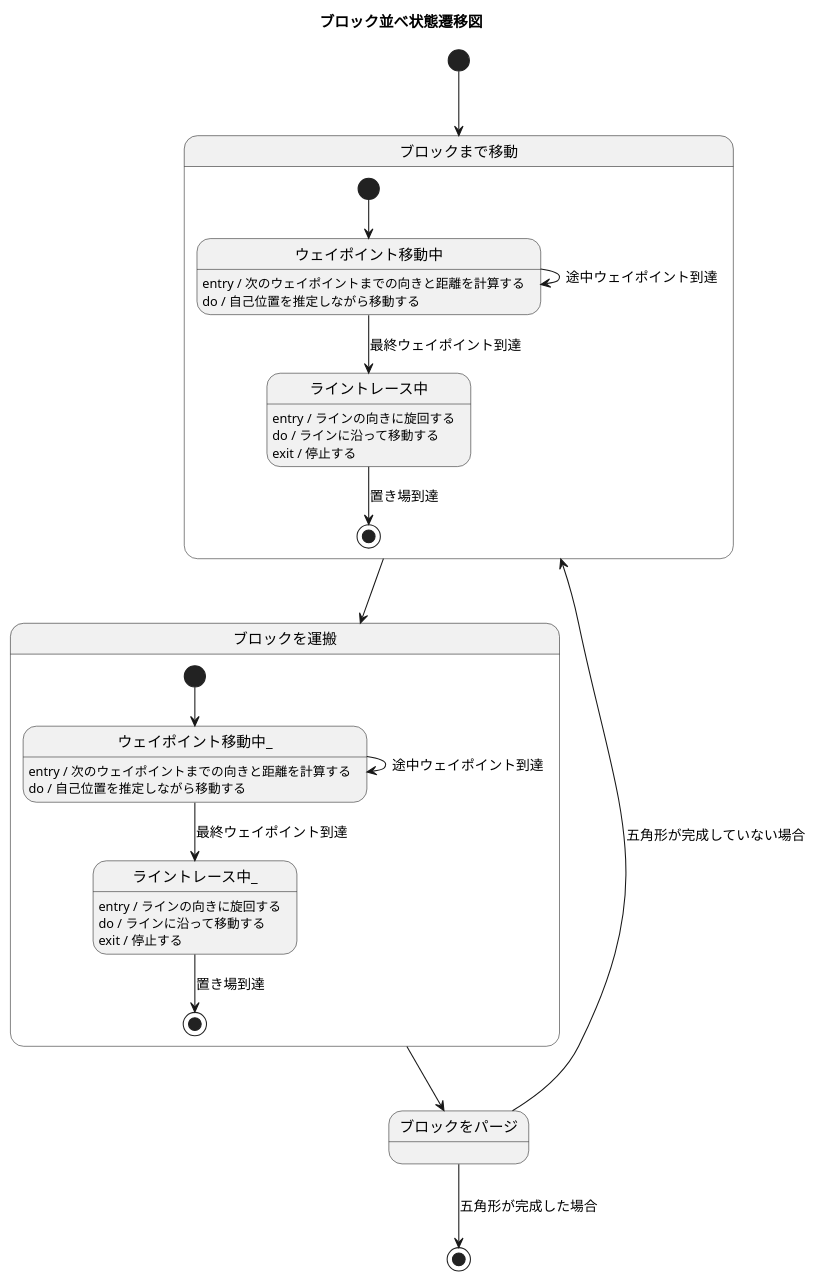
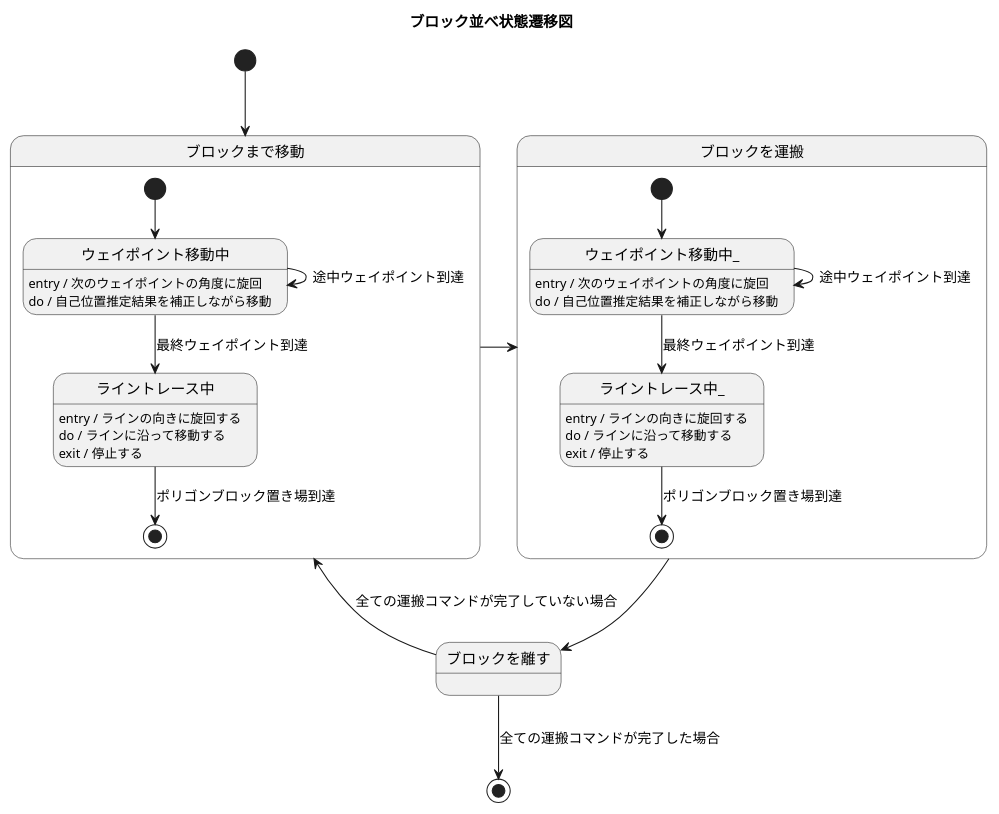
One commit to TK-R/ET2017-UML changed the diagram in 分析モデル/ブロック並べ状態遷移図.puml. Above: the diagram before and after it, drawn with PlantUML. The commit also changed 6 other files, not shown here.

Commit message:
シーケンス図の作成と状態遷移図の更新と設計クラス図の更新

```diff
--- a/分析モデル/ブロック並べ状態遷移図.puml
+++ b/分析モデル/ブロック並べ状態遷移図.puml
@@ -1,50 +1,46 @@
 @startuml
 
 title ブロック並べ状態遷移図
 
 state ブロックまで移動 {
-	ウェイポイント移動中 : entry / 次のウェイポイントまでの向きと距離を計算する
-	ウェイポイント移動中 : do / 自己位置を推定しながら移動する
-
+	ウェイポイント移動中 : entry / 次のウェイポイントの角度に旋回
+	ウェイポイント移動中 : do / 自己位置推定結果を補正しながら移動
 
 	ライントレース中 : entry / ラインの向きに旋回する
 	ライントレース中 : do / ラインに沿って移動する
 	ライントレース中 : exit / 停止する
-
 
 	[*] --> ウェイポイント移動中
 
 	ウェイポイント移動中--> ライントレース中 : 最終ウェイポイント到達
 	ウェイポイント移動中 --> ウェイポイント移動中 : 途中ウェイポイント到達
 
-	ライントレース中 --> [*] : 置き場到達
+	ライントレース中 --> [*] : ポリゴンブロック置き場到達
 }
 
 state ブロックを運搬{
-	ウェイポイント移動中_ : entry / 次のウェイポイントまでの向きと距離を計算する
-	ウェイポイント移動中_ : do / 自己位置を推定しながら移動する
-
+	ウェイポイント移動中_ : entry / 次のウェイポイントの角度に旋回
+	ウェイポイント移動中_ : do / 自己位置推定結果を補正しながら移動
 
 	ライントレース中_ : entry / ラインの向きに旋回する
 	ライントレース中_ : do / ラインに沿って移動する
 	ライントレース中_ : exit / 停止する
-
 
 	[*] --> ウェイポイント移動中_
 
 	ウェイポイント移動中_ --> ライントレース中_ : 最終ウェイポイント到達
 	ウェイポイント移動中_ --> ウェイポイント移動中_ : 途中ウェイポイント到達
 
-	ライントレース中_ --> [*] : 置き場到達
+	ライントレース中_ --> [*] : ポリゴンブロック置き場到達
 }
 
 [*] --> ブロックまで移動
 
-ブロックまで移動 --> ブロックを運搬
-ブロックを運搬 --> ブロックをパージ
+ブロックまで移動 -ri-> ブロックを運搬
+ブロックを運搬 --> ブロックを離す
 
-ブロックをパージ --> ブロックまで移動 : 五角形が完成していない場合
-ブロックをパージ --> [*] : 五角形が完成した場合
+ブロックを離す --> ブロックまで移動 : 全ての運搬コマンドが完了していない場合
+ブロックを離す --> [*] : 全ての運搬コマンドが完了した場合
 
 
 @enduml
```
